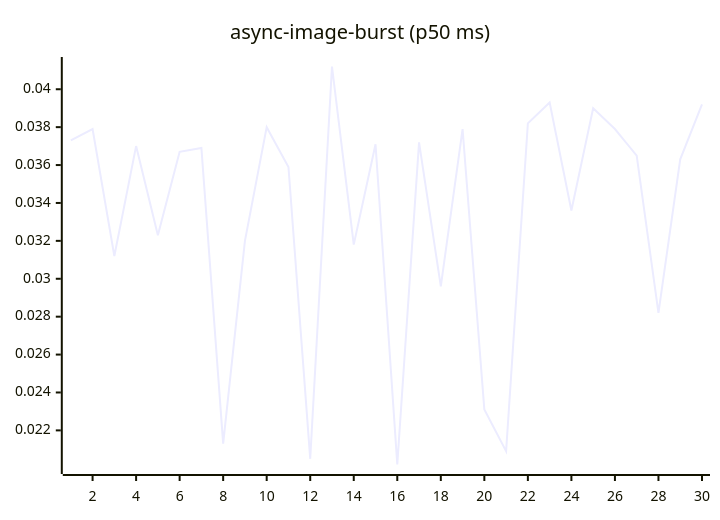
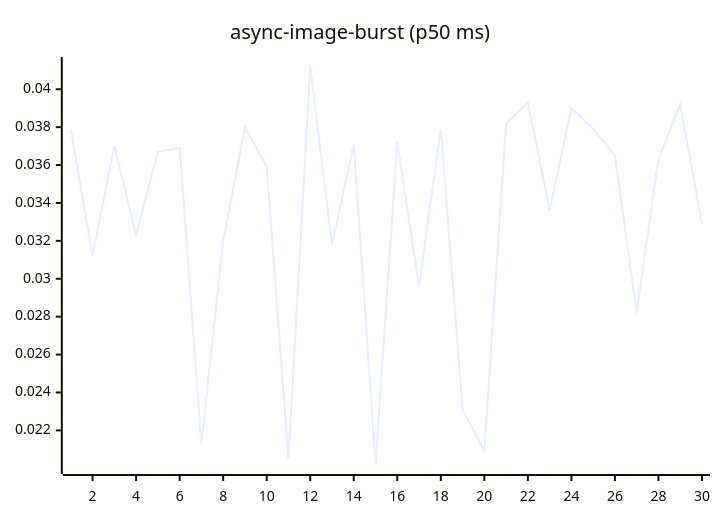
Before and after one commit to josha/Facet: the fourth of 27 diagrams in README.md, drawn with Mermaid. The commit also changed other lines of this file and 2 other files, not shown here.

````diff
--- a/README.md
+++ b/README.md
@@ -84,6 +84,6 @@
 ```mermaid
 xychart-beta
     title "async-image-burst (p50 ms)"
     x-axis 1 --> 30
-    line [0.0373, 0.0379, 0.0312, 0.0370, 0.0323, 0.0367, 0.0369, 0.0213, 0.0320, 0.0380, 0.0359, 0.0205, 0.0412, 0.0318, 0.0371, 0.0202, 0.0372, 0.0296, 0.0379, 0.0231, 0.0209, 0.0382, 0.0393, 0.0336, 0.0390, 0.0379, 0.0365, 0.0282, 0.0363, 0.0392]
+    line [0.0379, 0.0312, 0.0370, 0.0323, 0.0367, 0.0369, 0.0213, 0.0320, 0.0380, 0.0359, 0.0205, 0.0412, 0.0318, 0.0371, 0.0202, 0.0372, 0.0296, 0.0379, 0.0231, 0.0209, 0.0382, 0.0393, 0.0336, 0.0390, 0.0379, 0.0365, 0.0282, 0.0363, 0.0392, 0.0329]
 ```
````
